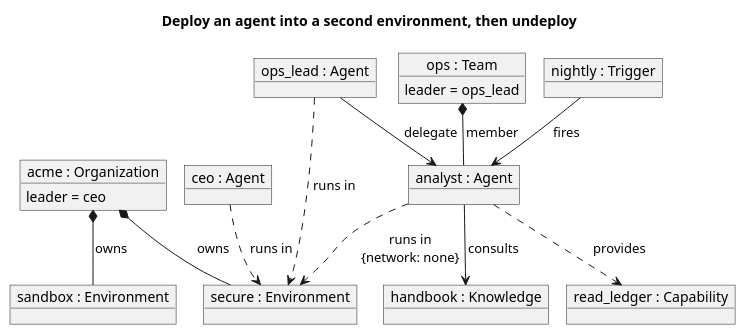
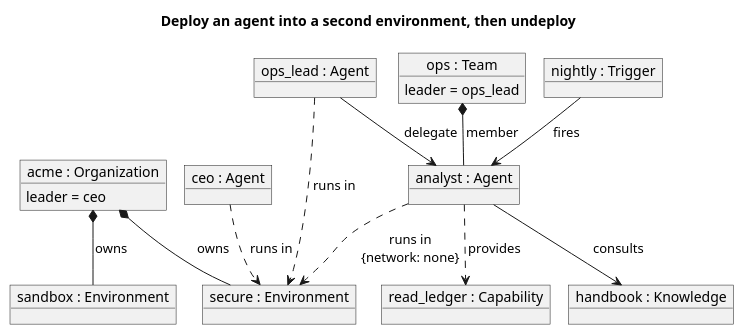
Before and after one commit to zoetsekas/agentic-organization: the diagram in docs/metamodel/scenarios/deploy.puml, drawn with PlantUML. The commit also changed other lines of this file and 32 other files, not shown here.

First line of the commit message:
Split the metamodel into one UML profile per concern, with no change to the link rules (ADR-0112)

```diff
--- a/docs/metamodel/scenarios/deploy.puml
+++ b/docs/metamodel/scenarios/deploy.puml
@@ -1,28 +1,28 @@
 @startuml deploy
 !pragma layout smetana
 title Deploy an agent into a second environment, then undeploy
 object "analyst : Agent" as agent_analyst
 object "sandbox : Environment" as environment_sandbox
 object "secure : Environment" as environment_secure
 object "acme : Organization" as organization_acme {
   leader = ceo
 }
 object "ceo : Agent" as agent_ceo
 object "ops_lead : Agent" as agent_ops_lead
+object "read_ledger : Capability" as capability_read_ledger
 object "handbook : Knowledge" as knowledge_handbook
-object "read_ledger : Capability" as capability_read_ledger
 object "ops : Team" as team_ops {
   leader = ops_lead
 }
 object "nightly : Trigger" as trigger_nightly
 organization_acme *-- environment_sandbox : owns
 organization_acme *-- environment_secure : owns
 agent_ceo ..> environment_secure : runs in
 agent_ops_lead ..> environment_secure : runs in
 agent_analyst ..> environment_secure : runs in\n{network: none}
+agent_analyst ..> capability_read_ledger : provides
 agent_analyst --> knowledge_handbook : consults
-agent_analyst ..> capability_read_ledger : provides
 team_ops *-- agent_analyst : member
 trigger_nightly --> agent_analyst : fires
 agent_ops_lead --> agent_analyst : delegate
 @enduml
```
